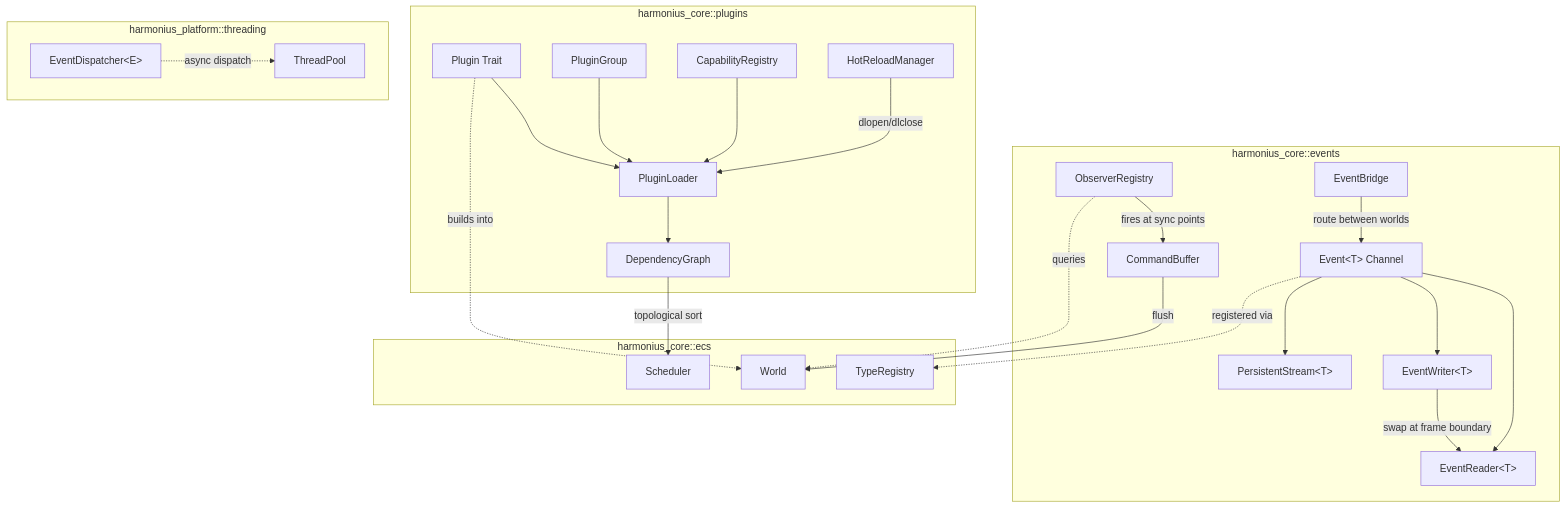
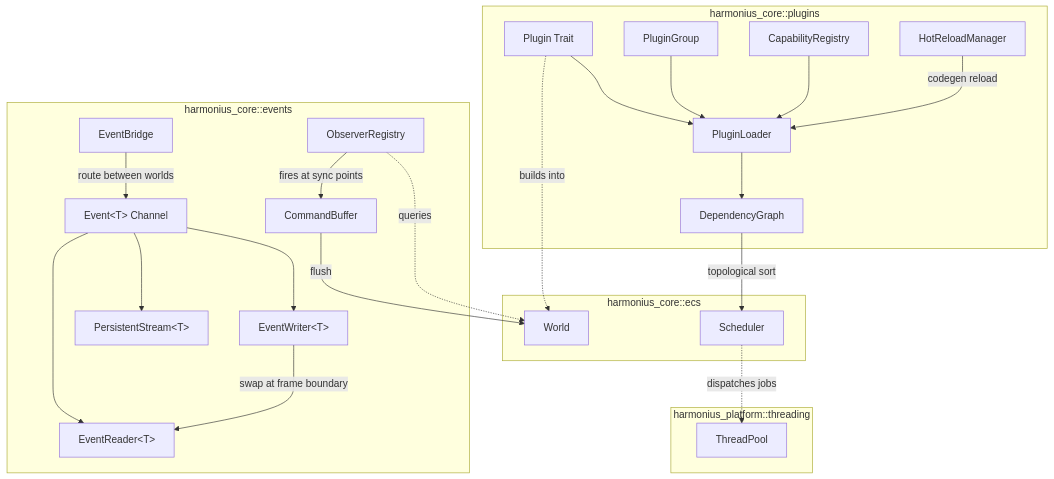
The first of 9 diagrams in docs/design/core-runtime/events-plugins.md (harmonius-dev/harmonius), drawn with Mermaid before and after one commit. The commit also changed other lines of this file and 174 other files, not shown here.

````diff
--- a/docs/design/core-runtime/events-plugins.md
+++ b/docs/design/core-runtime/events-plugins.md
@@ -81,52 +81,49 @@
 ```mermaid
 graph TD
     subgraph "harmonius_core::events"
         EC["Event&lt;T&gt; Channel"]
         ER["EventReader&lt;T&gt;"]
         EW["EventWriter&lt;T&gt;"]
         PS["PersistentStream&lt;T&gt;"]
         OB[ObserverRegistry]
         CB[CommandBuffer]
         BR["EventBridge"]
     end
 
     subgraph "harmonius_core::plugins"
         PT[Plugin Trait]
         PG[PluginGroup]
         PL[PluginLoader]
         DG[DependencyGraph]
         CR[CapabilityRegistry]
         HR[HotReloadManager]
     end
 
     subgraph "harmonius_core::ecs"
         WD[World]
         SC[Scheduler]
-        TR[TypeRegistry]
     end
 
     subgraph "harmonius_platform::threading"
         TP[ThreadPool]
-        ED["EventDispatcher&lt;E&gt;"]
     end
 
     EC --> ER
     EC --> EW
     EC --> PS
     EW -->|"swap at frame boundary"| ER
     OB -->|"fires at sync points"| CB
     CB -->|"flush"| WD
     BR -->|"route between worlds"| EC
 
     PT --> PL
     PG --> PL
     PL --> DG
     DG -->|"topological sort"| SC
     CR --> PL
-    HR -->|"dlopen/dlclose"| PL
+    HR -->|"codegen reload"| PL
 
-    EC -.->|"registered via"| TR
     PT -.->|"builds into"| WD
     OB -.->|"queries"| WD
-    ED -.->|"async dispatch"| TP
+    SC -.->|"dispatches jobs"| TP
 ```
````
